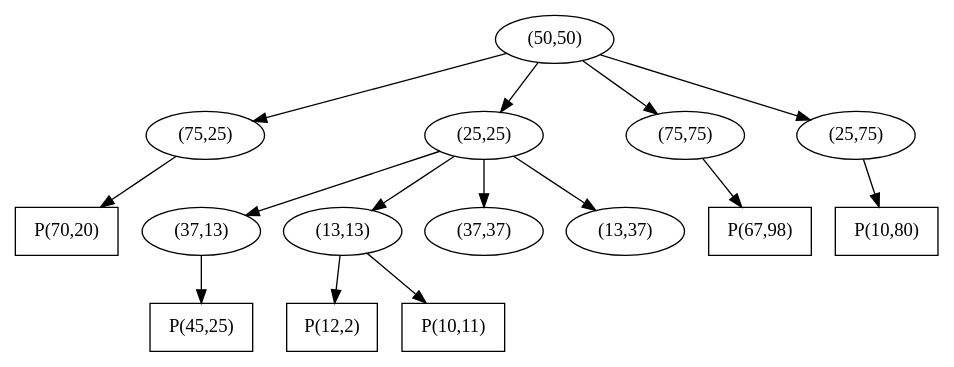
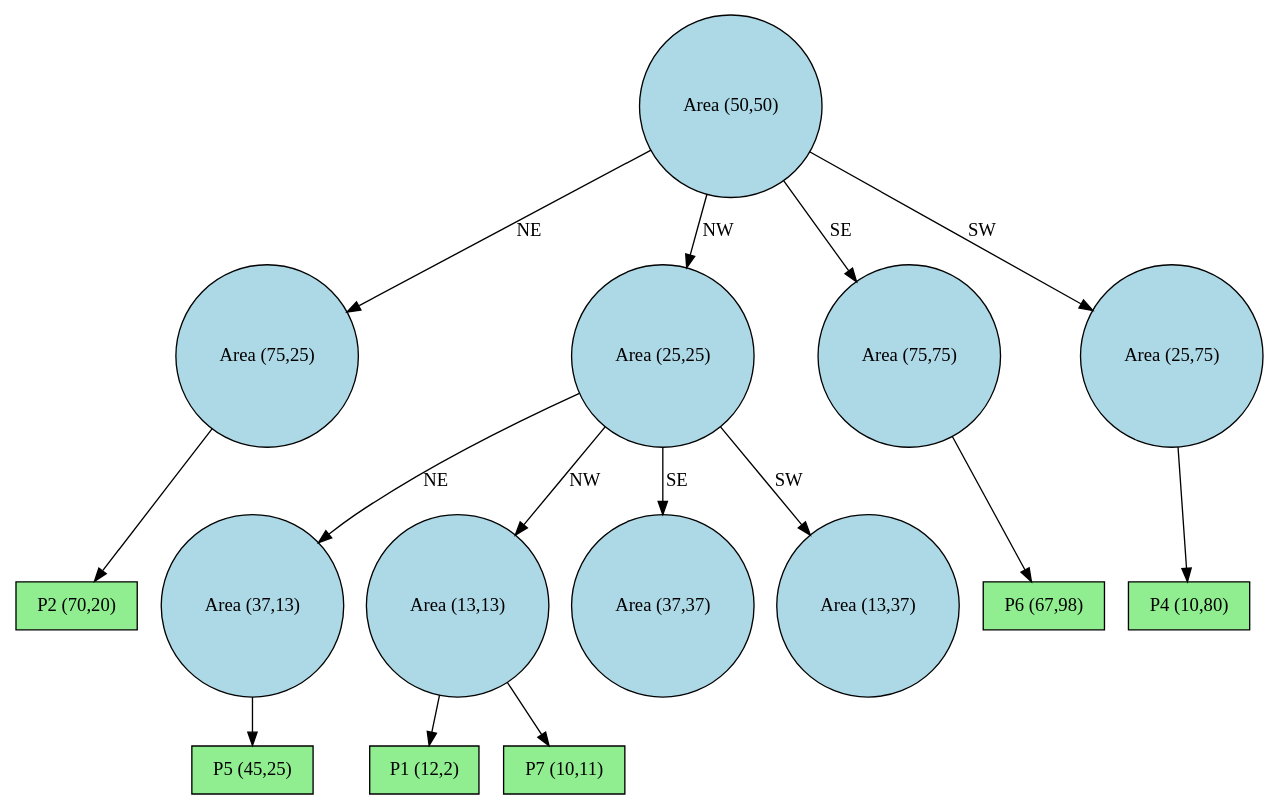
The diagram in quadtree_proyect.dot (ParasyteGS/Proyecto-Final-Algoritmos), drawn with Graphviz before and after one commit. The commit also changed 2 other files, not shown here.

```diff
--- a/quadtree_proyect.dot
+++ b/quadtree_proyect.dot
@@ -1,31 +1,31 @@
 digraph QuadTree {
-node0 [label="(50,50)"];
-node1 [label="(75,25)"];
-node9 [label="P(70,20)",shape=box];
+node0 [label="Area (50,50)", shape=circle, style=filled, fillcolor=lightblue];
+node1 [label="Area (75,25)", shape=circle, style=filled, fillcolor=lightblue];
+node9 [label="P2 (70,20)", shape=box, style=filled, fillcolor=lightgreen];
 node1 -> node9;
-node2 [label="(25,25)"];
-node5 [label="(37,13)"];
-node10 [label="P(45,25)",shape=box];
+node2 [label="Area (25,25)", shape=circle, style=filled, fillcolor=lightblue];
+node5 [label="Area (37,13)", shape=circle, style=filled, fillcolor=lightblue];
+node10 [label="P5 (45,25)", shape=box, style=filled, fillcolor=lightgreen];
 node5 -> node10;
-node6 [label="(13,13)"];
-node11 [label="P(12,2)",shape=box];
+node6 [label="Area (13,13)", shape=circle, style=filled, fillcolor=lightblue];
+node11 [label="P1 (12,2)", shape=box, style=filled, fillcolor=lightgreen];
 node6 -> node11;
-node12 [label="P(10,11)",shape=box];
+node12 [label="P7 (10,11)", shape=box, style=filled, fillcolor=lightgreen];
 node6 -> node12;
-node7 [label="(37,37)"];
-node8 [label="(13,37)"];
-node2 -> node5;
-node2 -> node6;
-node2 -> node7;
-node2 -> node8;
-node3 [label="(75,75)"];
-node13 [label="P(67,98)",shape=box];
+node7 [label="Area (37,37)", shape=circle, style=filled, fillcolor=lightblue];
+node8 [label="Area (13,37)", shape=circle, style=filled, fillcolor=lightblue];
+node2 -> node5 [label="NE"];
+node2 -> node6 [label="NW"];
+node2 -> node7 [label="SE"];
+node2 -> node8 [label="SW"];
+node3 [label="Area (75,75)", shape=circle, style=filled, fillcolor=lightblue];
+node13 [label="P6 (67,98)", shape=box, style=filled, fillcolor=lightgreen];
 node3 -> node13;
-node4 [label="(25,75)"];
-node14 [label="P(10,80)",shape=box];
+node4 [label="Area (25,75)", shape=circle, style=filled, fillcolor=lightblue];
+node14 [label="P4 (10,80)", shape=box, style=filled, fillcolor=lightgreen];
 node4 -> node14;
-node0 -> node1;
-node0 -> node2;
-node0 -> node3;
-node0 -> node4;
+node0 -> node1 [label="NE"];
+node0 -> node2 [label="NW"];
+node0 -> node3 [label="SE"];
+node0 -> node4 [label="SW"];
 }
```
